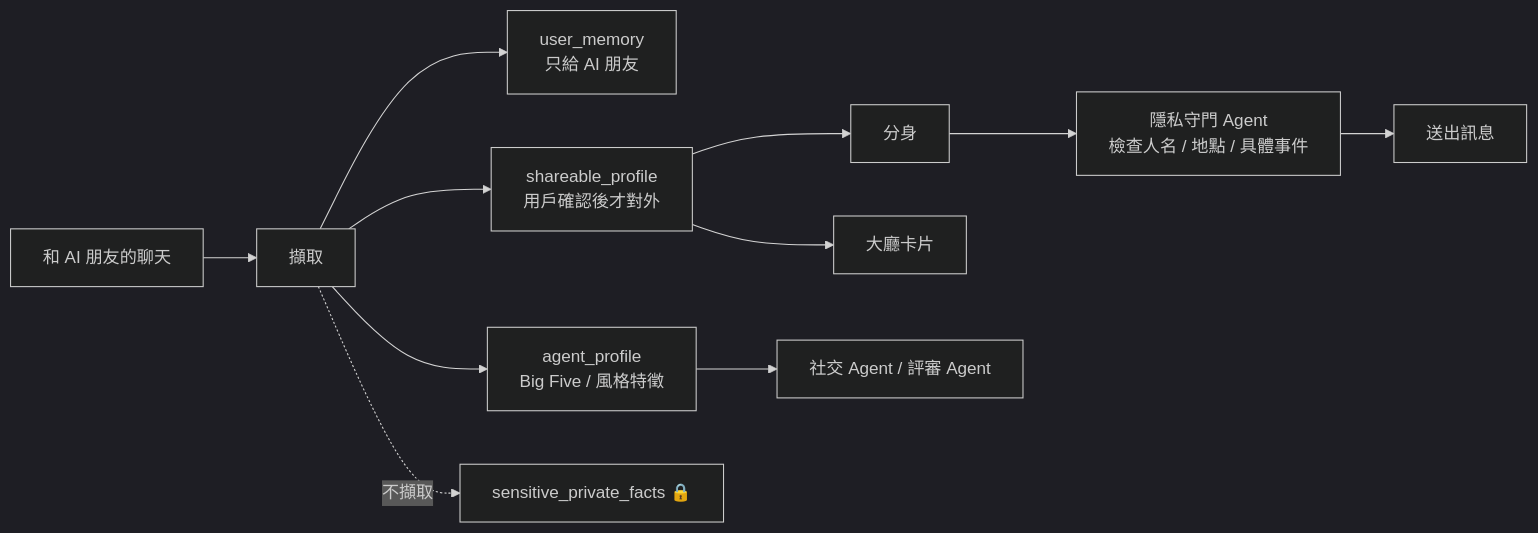
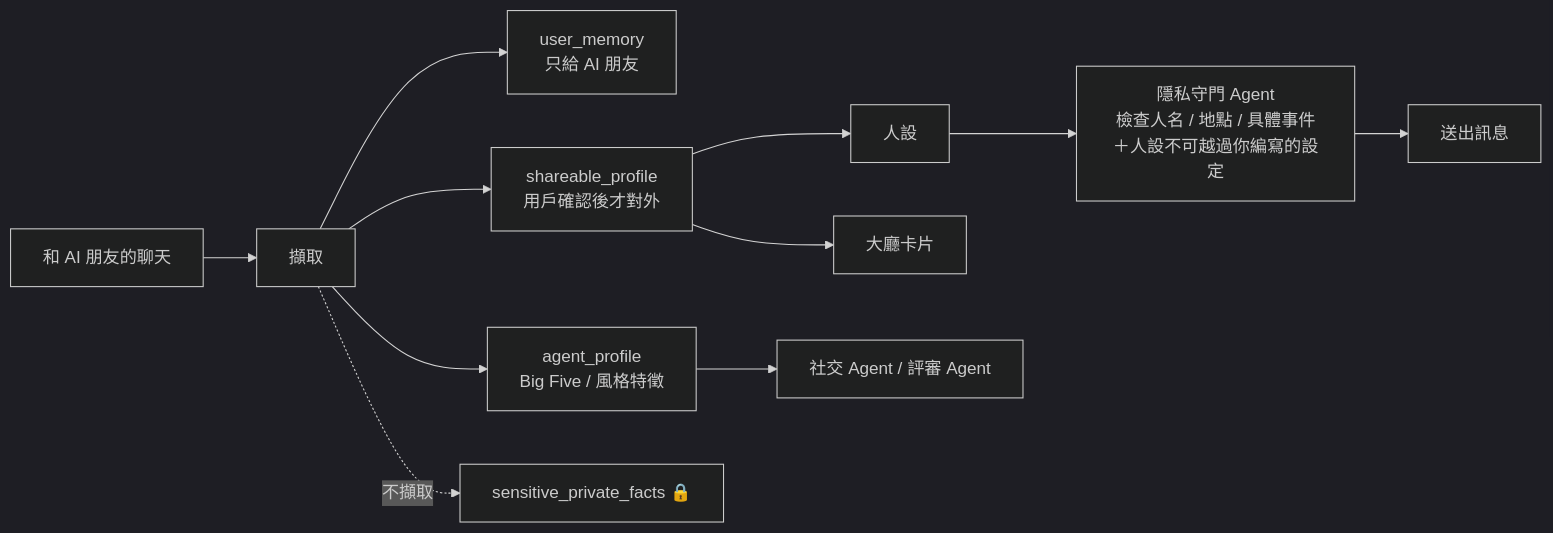
Before and after one commit to WEICHENG28/PersonaAI: the second of 2 diagrams in docs/02_核心邏輯與功能.md, drawn with Mermaid (dark theme). The commit also changed other lines of this file and 3 other files, not shown here.

````diff
--- a/docs/02_核心邏輯與功能.md
+++ b/docs/02_核心邏輯與功能.md
@@ -459,13 +467,13 @@
 ```mermaid
 flowchart LR
     U[和 AI 朋友的聊天] --> X[擷取]
     X --> M[user_memory<br/>只給 AI 朋友]
     X --> S[shareable_profile<br/>用戶確認後才對外]
     X --> AP[agent_profile<br/>Big Five / 風格特徵]
     X -.不擷取.-> SP[sensitive_private_facts 🔒]
-    S --> T[分身]
+    S --> T[人設]
     S --> C[大廳卡片]
     AP --> J[社交 Agent / 評審 Agent]
-    T --> G[隱私守門 Agent<br/>檢查人名 / 地點 / 具體事件]
+    T --> G[隱私守門 Agent<br/>檢查人名 / 地點 / 具體事件<br/>＋人設不可越過你編寫的設定]
     G --> O[送出訊息]
 ```
````
